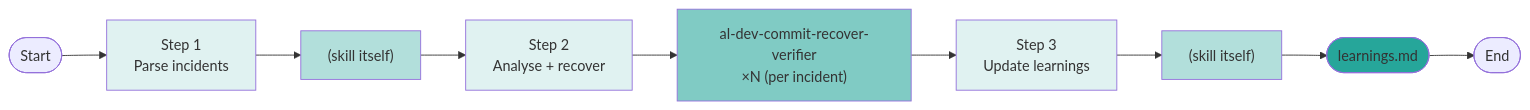
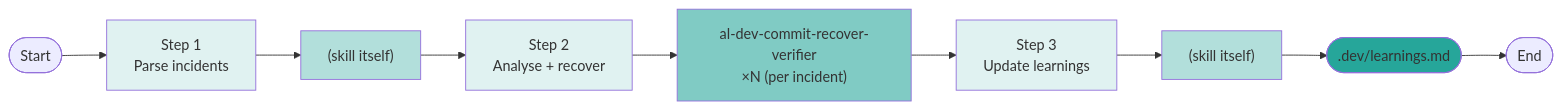
One commit to russell-laing/al-dev-shared changed diagram 17 of 21 in docs/al-dev-skills-map.md. Above: the diagram before and after it, drawn with Mermaid. The commit also changed other lines of this file and 1 other file, not shown here.

Commit message:
docs: sync AL agent and skill maps to current state

````diff
--- a/docs/al-dev-skills-map.md
+++ b/docs/al-dev-skills-map.md
@@ -500,19 +496,19 @@
 ```mermaid
 flowchart LR
     Start([Start]) --> Phase1["Step 1<br/>Parse incidents"]
     Phase1 --> SkillWork1["(skill itself)"]
     SkillWork1 --> Phase2["Step 2<br/>Analyse + recover"]
     Phase2 --> Agent1["al-dev-commit-recover-verifier<br/>×N (per incident)"]
     Agent1 --> Phase3["Step 3<br/>Update learnings"]
     Phase3 --> SkillWork2["(skill itself)"]
-    SkillWork2 --> Output1(["learnings.md"])
+    SkillWork2 --> Output1([".dev/learnings.md"])
     Output1 --> End([End])
 
     style Phase1 fill:#e0f2f1
     style Phase2 fill:#e0f2f1
     style Phase3 fill:#e0f2f1
     style SkillWork1 fill:#b2dfdb
     style SkillWork2 fill:#b2dfdb
     style Agent1 fill:#80cbc4
     style Output1 fill:#26a69a
 ```
````
